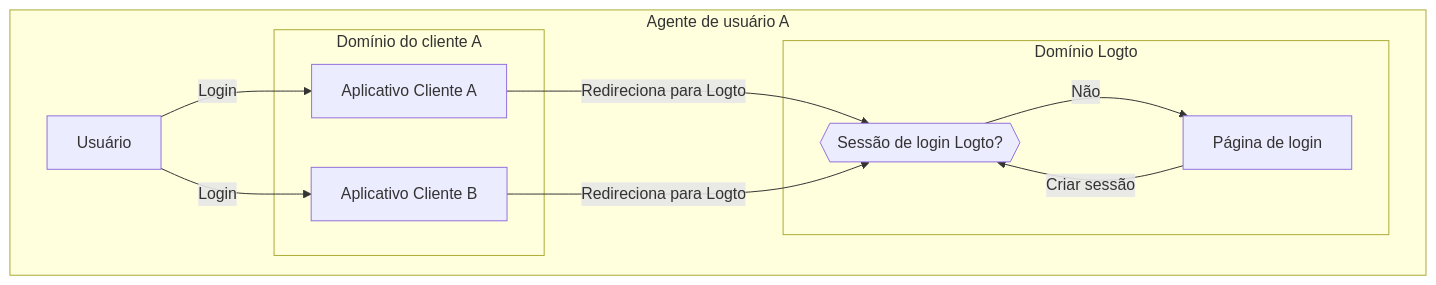
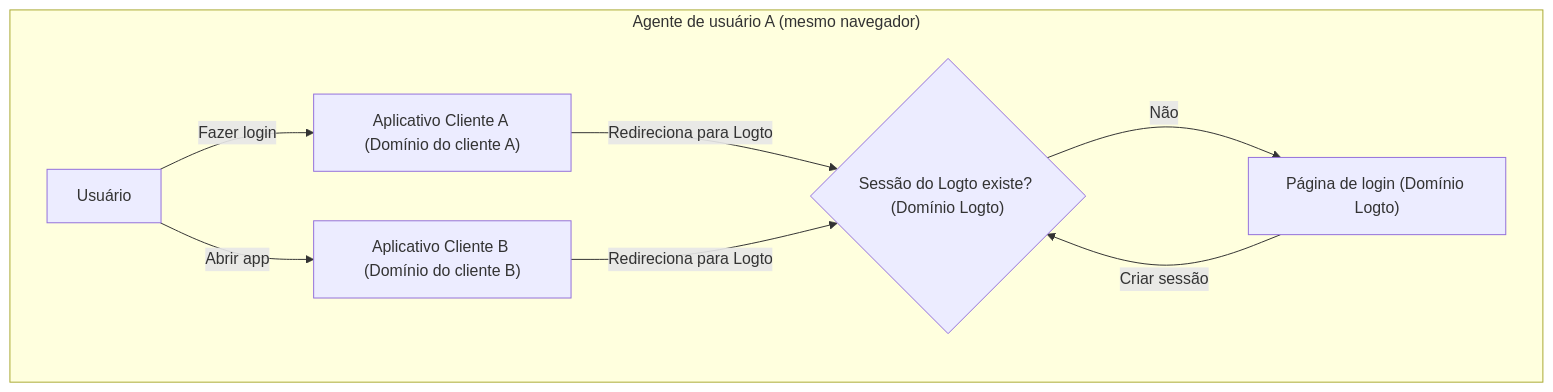
The third of 5 diagrams in i18n/pt-BR/docusaurus-plugin-content-docs/current/end-user-flows/sign-out.mdx (logto-io/docs), drawn with Mermaid before and after one commit. The commit also changed other lines of this file and 74 other files, not shown here.

````diff
--- a/i18n/pt-BR/docusaurus-plugin-content-docs/current/end-user-flows/sign-out.mdx
+++ b/i18n/pt-BR/docusaurus-plugin-content-docs/current/end-user-flows/sign-out.mdx
@@ -59,26 +93,23 @@
-   ```mermaid
-    flowchart TD
-    subgraph User [Agente de usuário A]
-      U[Usuário]
+```mermaid
+flowchart TD
+  U[Usuário]
+  A["Aplicativo Cliente A (Domínio do cliente A)"]
+  B["Aplicativo Cliente B (Domínio do cliente B)"]
+  C{"Sessão do Logto existe? (Domínio Logto)"}
+  D["Página de login (Domínio Logto)"]
 
-      subgraph Layer1 [Domínio do cliente A]
-        A[Aplicativo Cliente A]
-      end
+  subgraph UA["Agente de usuário A (mesmo navegador)"]
+    U
+    A
+    B
+    C
+    D
+  end
 
-      subgraph Layer1 [Domínio do cliente B]
-        B[Aplicativo Cliente B]
-      end
-
-      subgraph Layer2 [Domínio Logto]
-          C{{Sessão de login Logto?}}
-          D[Página de login]
-      end
-    end
-
-    U --> |Login| A
-    A --> |Redireciona para Logto| C
-    U --> |Login| B
-    B --> |Redireciona para Logto| C
-    C --> |Não| D
-    D --> |Criar sessão| C
-   ```
+  U -->|Fazer login| A
+  A -->|Redireciona para Logto| C
+  U -->|Abrir app| B
+  B -->|Redireciona para Logto| C
+  C -->|Não| D
+  D -->|Criar sessão| C
+```
````
